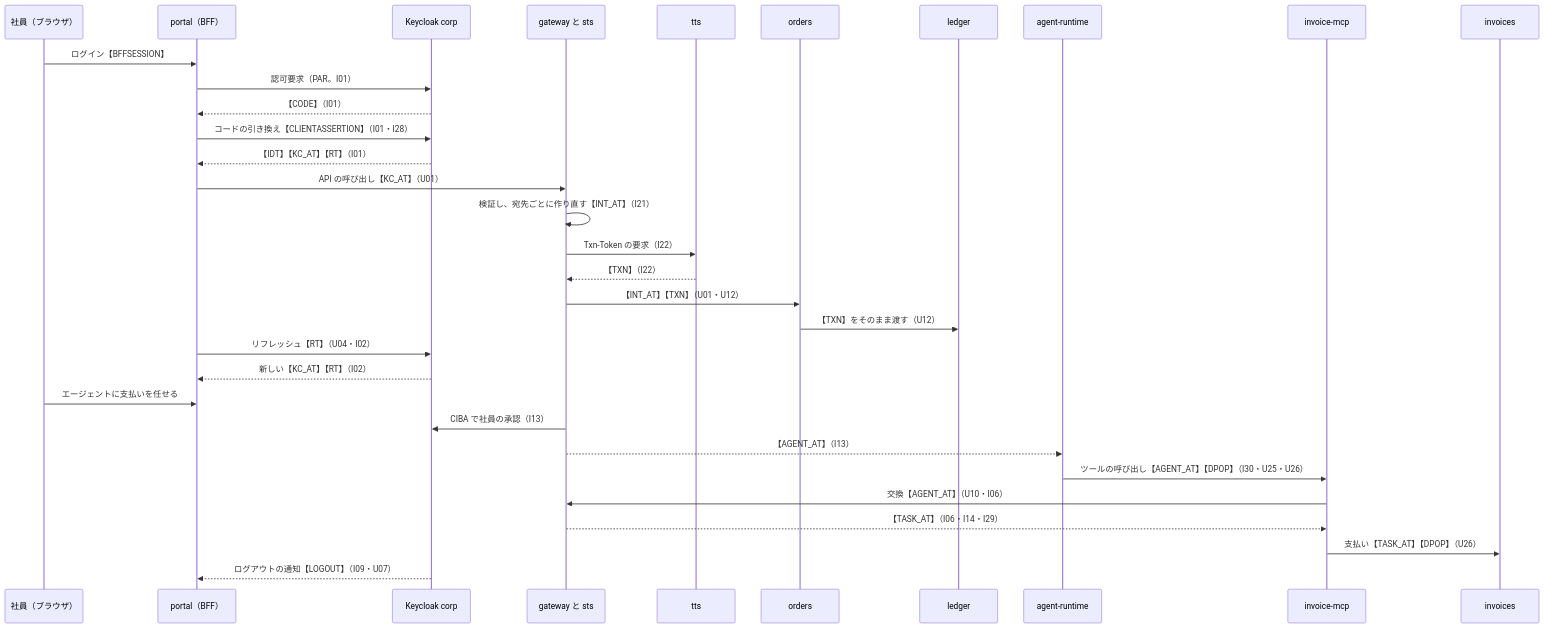
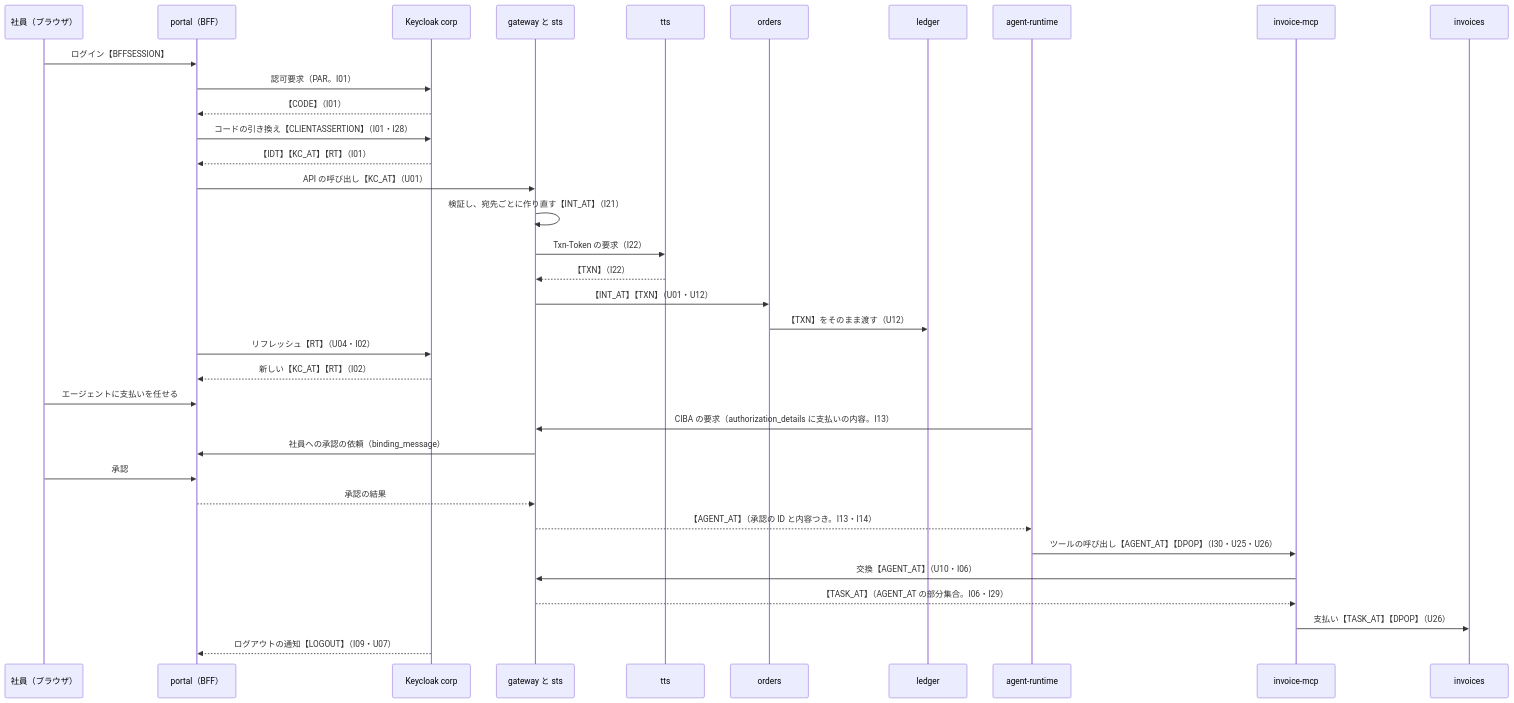
Before and after one commit to Takenori-Kusaka/jwt-claims-guide: the second of 2 diagrams in templates/examples/scenario-b/design.md, drawn with Mermaid. The commit also changed other lines of this file and 40 other files, not shown here.

````diff
--- a/templates/examples/scenario-b/design.md
+++ b/templates/examples/scenario-b/design.md
@@ -416,34 +422,37 @@
 ```mermaid
 sequenceDiagram
   participant U as 社員（ブラウザ）
   participant P as portal（BFF）
   participant K as Keycloak corp
   participant G as gateway と sts
   participant T as tts
   participant O as orders
   participant L as ledger
   participant A as agent-runtime
   participant M as invoice-mcp
   participant V as invoices
   U->>P: ログイン【BFFSESSION】
   P->>K: 認可要求（PAR。I01）
   K-->>P: 【CODE】（I01）
   P->>K: コードの引き換え【CLIENTASSERTION】（I01・I28）
   K-->>P: 【IDT】【KC_AT】【RT】（I01）
   P->>G: API の呼び出し【KC_AT】（U01）
   G->>G: 検証し、宛先ごとに作り直す【INT_AT】（I21）
   G->>T: Txn-Token の要求（I22）
   T-->>G: 【TXN】（I22）
   G->>O: 【INT_AT】【TXN】（U01・U12）
   O->>L: 【TXN】をそのまま渡す（U12）
   P->>K: リフレッシュ【RT】（U04・I02）
   K-->>P: 新しい【KC_AT】【RT】（I02）
   U->>P: エージェントに支払いを任せる
-  G->>K: CIBA で社員の承認（I13）
-  G-->>A: 【AGENT_AT】（I13）
+  A->>G: CIBA の要求（authorization_details に支払いの内容。I13）
+  G->>P: 社員への承認の依頼（binding_message）
+  U->>P: 承認
+  P-->>G: 承認の結果
+  G-->>A: 【AGENT_AT】（承認の ID と内容つき。I13・I14）
   A->>M: ツールの呼び出し【AGENT_AT】【DPOP】（I30・U25・U26）
   M->>G: 交換【AGENT_AT】（U10・I06）
-  G-->>M: 【TASK_AT】（I06・I14・I29）
+  G-->>M: 【TASK_AT】（AGENT_AT の部分集合。I06・I29）
   M->>V: 支払い【TASK_AT】【DPOP】（U26）
   K-->>P: ログアウトの通知【LOGOUT】（I09・U07）
 ```
````
